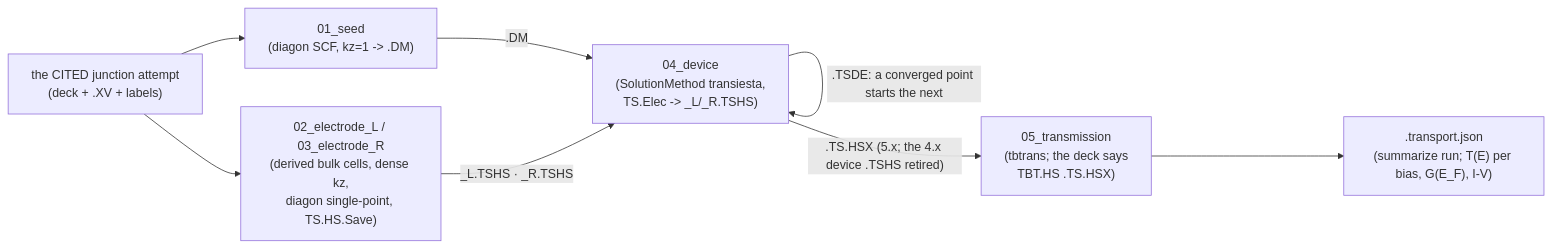
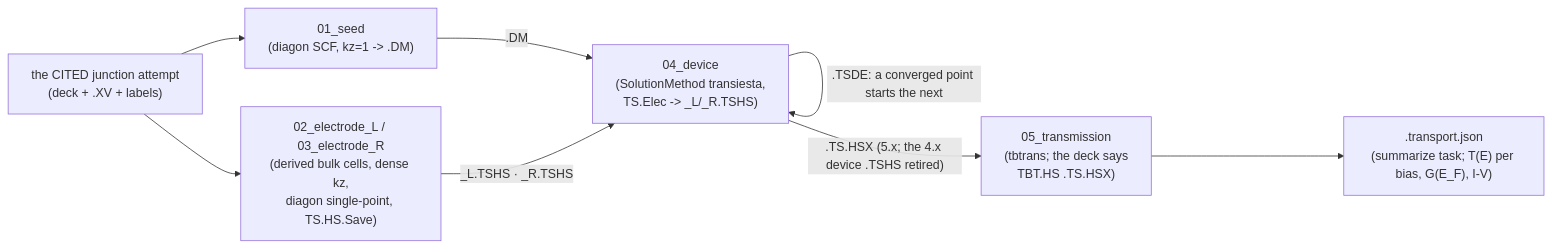
One commit to Qing-LAB/molbuilder changed diagram 11 of 13 in docs/engines/transport.md. Above: the diagram before and after it, drawn with Mermaid. The commit also changed other lines of this file and 30 other files, not shown here.

````diff
--- a/docs/engines/transport.md
+++ b/docs/engines/transport.md
@@ -3125,11 +3139,11 @@
 ```mermaid
 flowchart LR
     CITE["the CITED junction attempt<br/>(deck + .XV + labels)"]
     CITE --> SEED["01_seed<br/>(diagon SCF, kz=1 -> .DM)"]
     CITE --> EL["02_electrode_L / 03_electrode_R<br/>(derived bulk cells, dense kz,<br/>diagon single-point, TS.HS.Save)"]
     SEED -->|".DM"| DEVICE["04_device<br/>(SolutionMethod transiesta,<br/>TS.Elec -> <label>_L/_R.TSHS)"]
     EL -->|"<label>_L.TSHS · <label>_R.TSHS"| DEVICE
     DEVICE -->|".TSDE: a converged point starts the next"| DEVICE
     DEVICE -->|"<label>.TS.HSX (5.x; the 4.x device .TSHS retired)"| TBT["05_transmission<br/>(tbtrans; the deck says<br/>TBT.HS <label>.TS.HSX)"]
-    TBT --> RESULT["<label>.transport.json<br/>(summarize run; T(E) per bias, G(E_F), I-V)"]
+    TBT --> RESULT["<label>.transport.json<br/>(summarize task; T(E) per bias, G(E_F), I-V)"]
 ```
````
